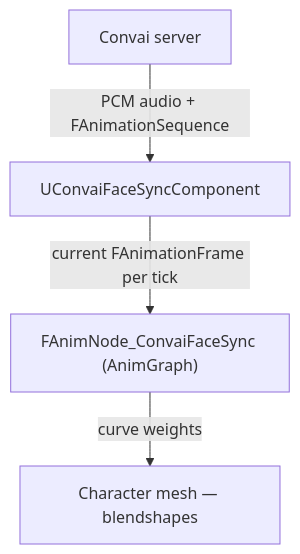
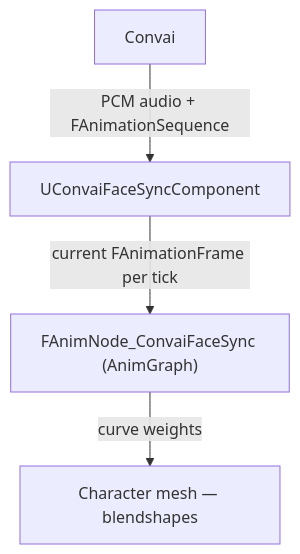
One commit to Conv-AI/Convai-Documentation changed the diagram in plugins-and-integrations/convai-unreal-engine-plugin/features/lip-sync/how-lip-sync-works.md. Above: the diagram before and after it, drawn with Mermaid. The commit also changed other lines of this file and 54 other files, not shown here.

````diff
--- a/plugins-and-integrations/convai-unreal-engine-plugin/features/lip-sync/how-lip-sync-works.md
+++ b/plugins-and-integrations/convai-unreal-engine-plugin/features/lip-sync/how-lip-sync-works.md
@@ -17,6 +17,6 @@
 ```mermaid
 graph TD
-    A["Convai server"] -- "PCM audio + FAnimationSequence" --> B["UConvaiFaceSyncComponent"]
+    A["Convai"] -- "PCM audio + FAnimationSequence" --> B["UConvaiFaceSyncComponent"]
     B -- "current FAnimationFrame per tick" --> C["FAnimNode_ConvaiFaceSync (AnimGraph)"]
     C -- "curve weights" --> D["Character mesh — blendshapes"]
 ```
````
